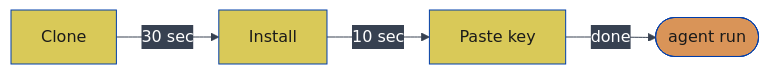
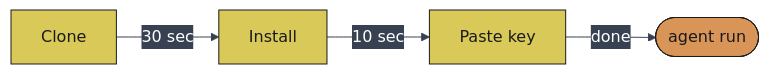
The second of 27 diagrams in README.md (JosephOIbrahim/Comfy-Cozy), drawn with Mermaid before and after one commit. The commit also changed other lines of this file, not shown here.

First line of the commit message:
[DOCS] Convert mermaid styling to classDef for reliable GitHub rendering

````diff
--- a/README.md
+++ b/README.md
@@ -75,12 +76,12 @@
 ```mermaid
 %%{init: {'theme':'base','themeVariables': {'primaryColor':'#0066FF','primaryTextColor':'#ffffff','primaryBorderColor':'#003eaa','lineColor':'#374151','secondaryColor':'#374151','tertiaryColor':'#1f2937','fontFamily':'monospace'}}}%%
 flowchart LR
     A["Clone"] -->|30 sec| B["Install"]
     B -->|10 sec| C["Paste key"]
     C -->|done| D(["agent run"])
 
-    style A fill:#d9c958,color:#1a1a1a
-    style B fill:#d9c958,color:#1a1a1a
-    style C fill:#d9c958,color:#1a1a1a
-    style D fill:#d99458,color:#1a1a1a
+    classDef orange fill:#d99458,color:#1a1a1a,stroke:#1a1a1a
+    classDef yellow fill:#d9c958,color:#1a1a1a,stroke:#1a1a1a
+    class D orange
+    class A,B,C yellow
 ```
````
